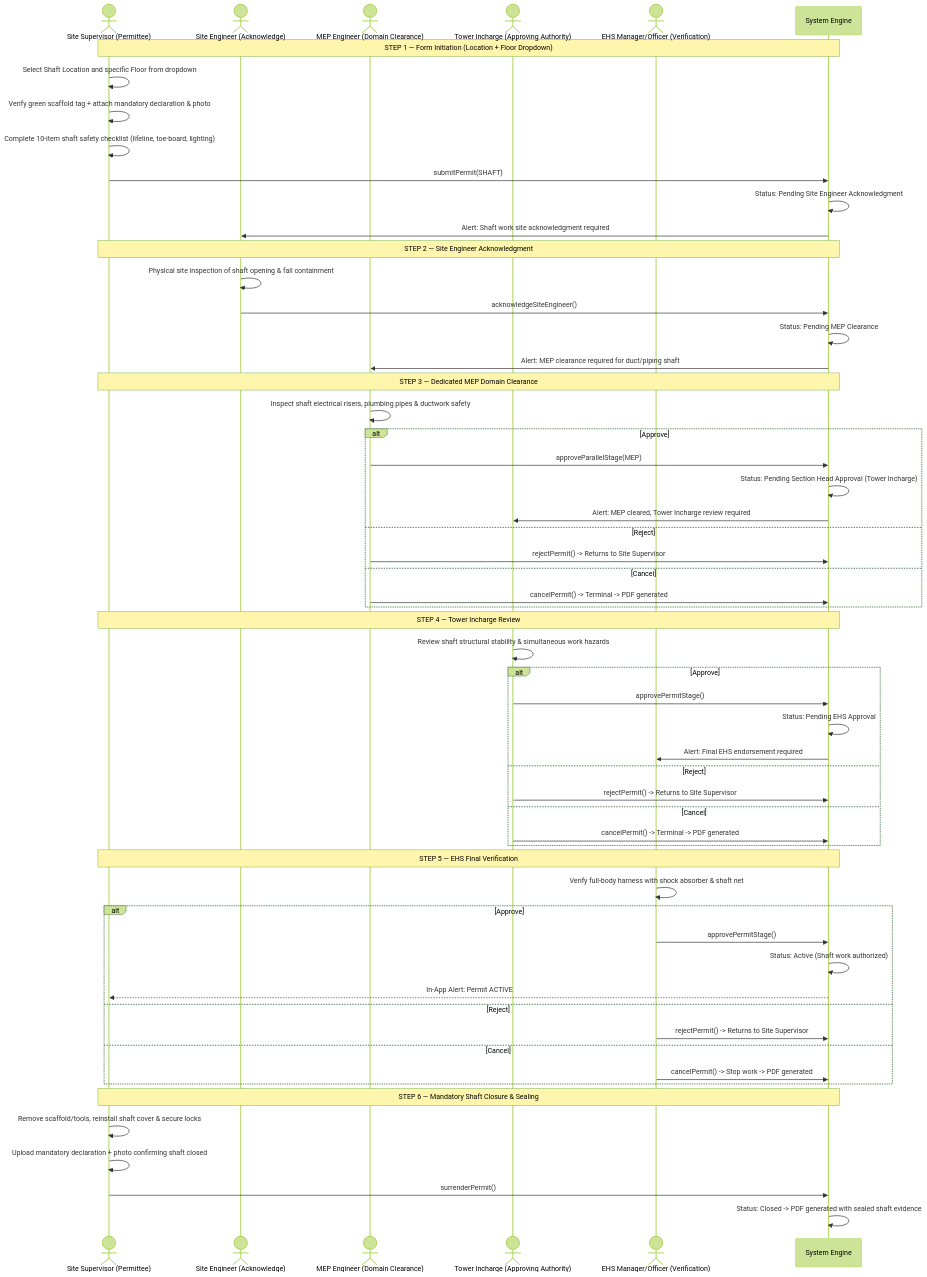
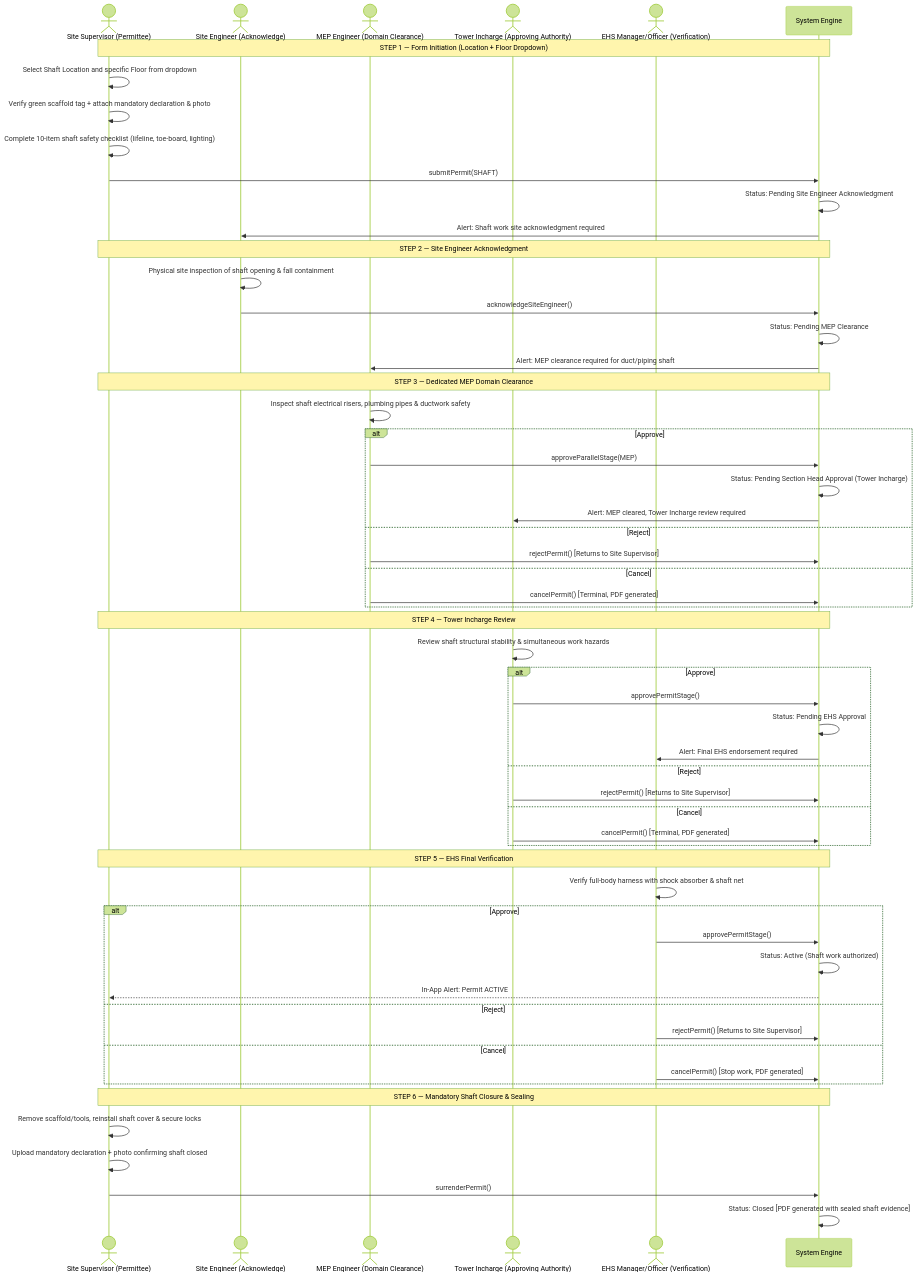
Before and after one commit to AuroGroupAutomationBot/ARPL-EHS-Demo: diagram 18 of 32 in README.md, drawn with Mermaid (forest theme). The commit also changed other lines of this file, not shown here.

````diff
--- a/README.md
+++ b/README.md
@@ -1491,65 +1501,65 @@
 ```mermaid
 sequenceDiagram
     actor SS as Site Supervisor (Permittee)
     actor SE as Site Engineer (Acknowledge)
     actor MEP as MEP Engineer (Domain Clearance)
     actor TI as Tower Incharge (Approving Authority)
     actor EHS as EHS Manager/Officer (Verification)
     participant SYS as System Engine
 
     Note over SS,SYS: STEP 1 — Form Initiation (Location + Floor Dropdown)
     SS->>SS: Select Shaft Location and specific Floor from dropdown
     SS->>SS: Verify green scaffold tag + attach mandatory declaration & photo
     SS->>SS: Complete 10-item shaft safety checklist (lifeline, toe-board, lighting)
     SS->>SYS: submitPermit(SHAFT)
     SYS->>SYS: Status: Pending Site Engineer Acknowledgment
     SYS->>SE: Alert: Shaft work site acknowledgment required
 
     Note over SS,SYS: STEP 2 — Site Engineer Acknowledgment
     SE->>SE: Physical site inspection of shaft opening & fall containment
     SE->>SYS: acknowledgeSiteEngineer()
     SYS->>SYS: Status: Pending MEP Clearance
     SYS->>MEP: Alert: MEP clearance required for duct/piping shaft
 
     Note over SS,SYS: STEP 3 — Dedicated MEP Domain Clearance
     MEP->>MEP: Inspect shaft electrical risers, plumbing pipes & ductwork safety
     alt Approve
         MEP->>SYS: approveParallelStage(MEP)
         SYS->>SYS: Status: Pending Section Head Approval (Tower Incharge)
         SYS->>TI: Alert: MEP cleared, Tower Incharge review required
     else Reject
-        MEP->>SYS: rejectPermit() -> Returns to Site Supervisor
+        MEP->>SYS: rejectPermit() [Returns to Site Supervisor]
     else Cancel
-        MEP->>SYS: cancelPermit() -> Terminal -> PDF generated
+        MEP->>SYS: cancelPermit() [Terminal, PDF generated]
     end
 
     Note over SS,SYS: STEP 4 — Tower Incharge Review
     TI->>TI: Review shaft structural stability & simultaneous work hazards
     alt Approve
         TI->>SYS: approvePermitStage()
         SYS->>SYS: Status: Pending EHS Approval
         SYS->>EHS: Alert: Final EHS endorsement required
     else Reject
-        TI->>SYS: rejectPermit() -> Returns to Site Supervisor
+        TI->>SYS: rejectPermit() [Returns to Site Supervisor]
     else Cancel
-        TI->>SYS: cancelPermit() -> Terminal -> PDF generated
+        TI->>SYS: cancelPermit() [Terminal, PDF generated]
     end
 
     Note over SS,SYS: STEP 5 — EHS Final Verification
     EHS->>EHS: Verify full-body harness with shock absorber & shaft net
     alt Approve
         EHS->>SYS: approvePermitStage()
         SYS->>SYS: Status: Active (Shaft work authorized)
         SYS-->>SS: In-App Alert: Permit ACTIVE
     else Reject
-        EHS->>SYS: rejectPermit() -> Returns to Site Supervisor
+        EHS->>SYS: rejectPermit() [Returns to Site Supervisor]
     else Cancel
-        EHS->>SYS: cancelPermit() -> Stop work -> PDF generated
+        EHS->>SYS: cancelPermit() [Stop work, PDF generated]
     end
 
     Note over SS,SYS: STEP 6 — Mandatory Shaft Closure & Sealing
     SS->>SS: Remove scaffold/tools, reinstall shaft cover & secure locks
     SS->>SS: Upload mandatory declaration + photo confirming shaft closed
     SS->>SYS: surrenderPermit()
-    SYS->>SYS: Status: Closed -> PDF generated with sealed shaft evidence
+    SYS->>SYS: Status: Closed [PDF generated with sealed shaft evidence]
 ```
````
